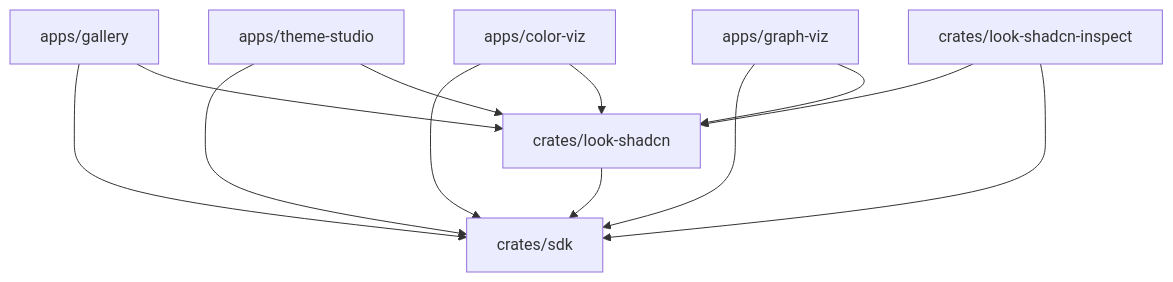
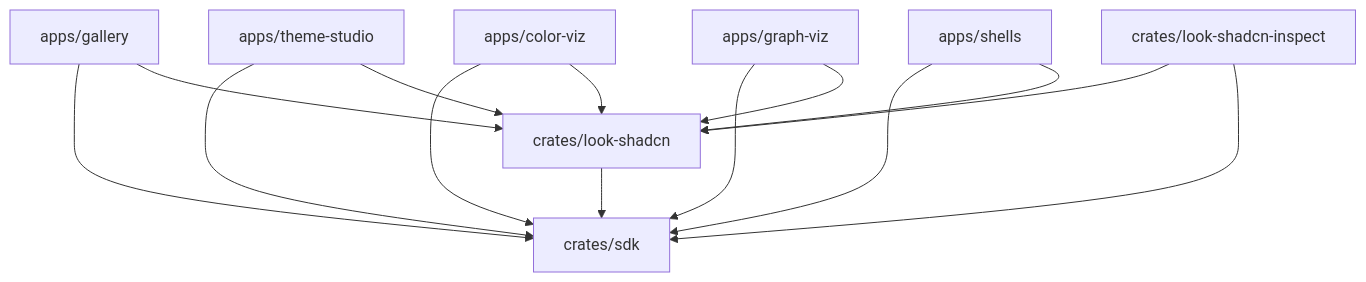
The diagram in docs/architecture.md (gpui-luma-dev/gpui-luma), drawn with Mermaid before and after one commit. The commit also changed other lines of this file and 78 other files, not shown here.

````diff
--- a/docs/architecture.md
+++ b/docs/architecture.md
@@ -23,14 +24,16 @@
 ```mermaid
 graph TD
     Gallery[apps/gallery] --> SDK[crates/sdk]
     Gallery --> Look[crates/look-shadcn]
     Studio[apps/theme-studio] --> SDK
     Studio --> Look
     ColorViz[apps/color-viz] --> SDK
     ColorViz --> Look
     GraphViz[apps/graph-viz] --> SDK
     GraphViz --> Look
+    Shells[apps/shells] --> SDK
+    Shells --> Look
     Look --> SDK
     LookInspect[crates/look-shadcn-inspect] --> Look
     LookInspect --> SDK
 ```
````
